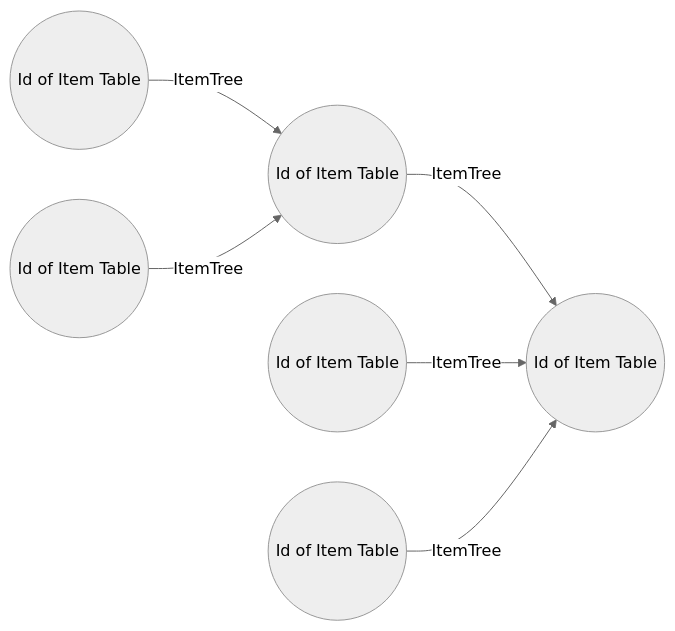
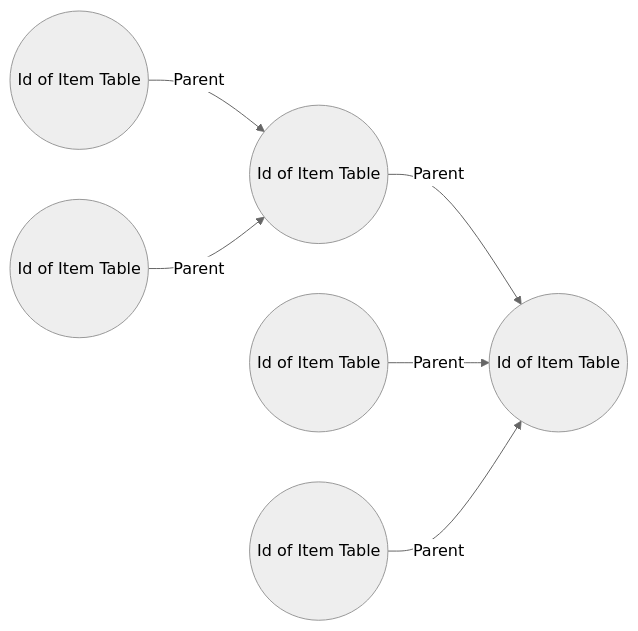
Before and after one commit to sohosai/dashi: the second of 3 diagrams in documents/database.md, drawn with Mermaid (neutral theme). The commit also changed 1 other file, not shown here.

````diff
--- a/documents/database.md
+++ b/documents/database.md
@@ -67,8 +67,8 @@
 ```mermaid
 flowchart LR
-    id2((Id of Item Table)) --ItemTree--> id1((Id of Item Table))
-    id3((Id of Item Table)) --ItemTree--> id1((Id of Item Table))
-    id4((Id of Item Table)) --ItemTree--> id1((Id of Item Table))
-    id5((Id of Item Table)) --ItemTree--> id2((Id of Item Table))
-    id6((Id of Item Table)) --ItemTree--> id2((Id of Item Table))
+    id2((Id of Item Table)) --Parent--> id1((Id of Item Table))
+    id3((Id of Item Table)) --Parent--> id1((Id of Item Table))
+    id4((Id of Item Table)) --Parent--> id1((Id of Item Table))
+    id5((Id of Item Table)) --Parent--> id2((Id of Item Table))
+    id6((Id of Item Table)) --Parent--> id2((Id of Item Table))
 ```
````
